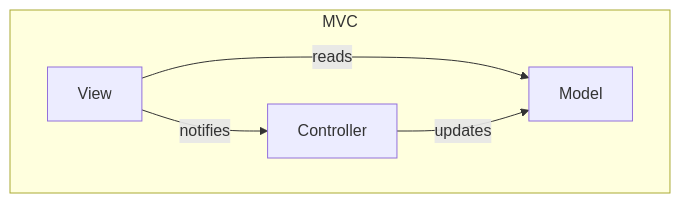
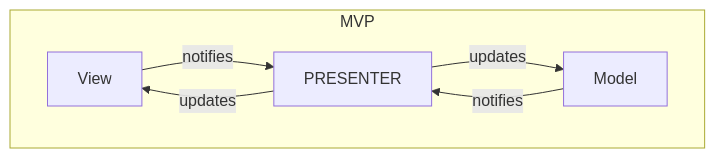
The diagram in python/py_view/README.md (danielvie/code), drawn with Mermaid before and after one commit. The commit also changed 5 other files, not shown here.

````diff
--- a/python/py_view/README.md
+++ b/python/py_view/README.md
@@ -1,12 +1,13 @@
 ```mermaid
 graph TD
-    subgraph MVC
-        C[Controller]
+    subgraph MVP
+        V[View]
         M[Model]
-        V[View]
+        P[PRESENTER]
     end
 
-    V -->|reads| M
-    V -->|notifies| C
-    C -->|updates| M
+    M -->|notifies| P
+    P -->|updates| M
+    P -->|updates| V
+    V -->|notifies| P
 ```
````
